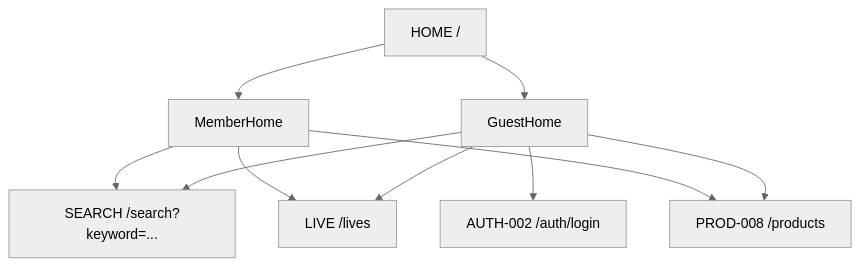
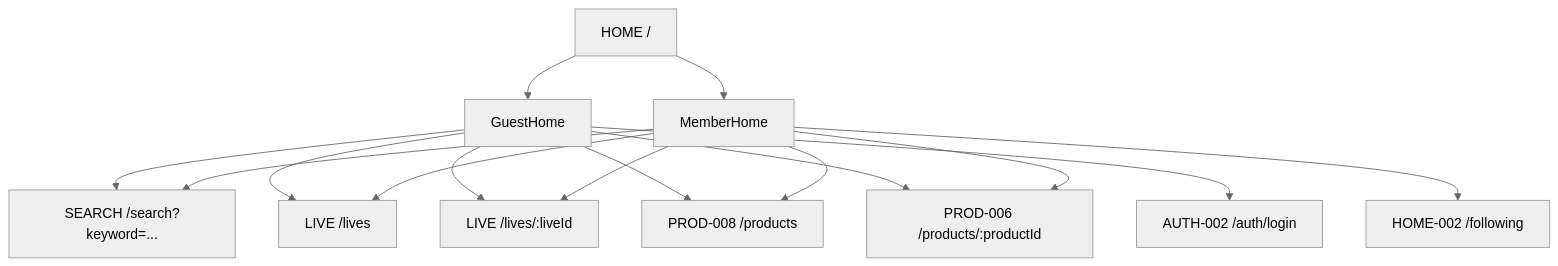
Before and after one commit to Team-vintib/Vintib-AI: the third of 4 diagrams in FE/docs/frontend/flows/route-map.md, drawn with Mermaid (neutral theme). The commit also changed other lines of this file and 8 other files, not shown here.

````diff
--- a/FE/docs/frontend/flows/route-map.md
+++ b/FE/docs/frontend/flows/route-map.md
@@ -59,20 +59,28 @@
 ```mermaid
 flowchart TD
   Home["HOME /"]
   GuestHome["GuestHome"]
   MemberHome["MemberHome"]
   Search["SEARCH /search?keyword=..."]
   LiveList["LIVE /lives"]
+  LiveWatch["LIVE /lives/:liveId"]
   ProductList["PROD-008 /products"]
+  ProductDetail["PROD-006 /products/:productId"]
+  FollowingHome["HOME-002 /following"]
   Login["AUTH-002 /auth/login"]
 
   Home --> GuestHome
   Home --> MemberHome
   GuestHome --> Search
   GuestHome --> LiveList
+  GuestHome --> LiveWatch
   GuestHome --> ProductList
+  GuestHome --> ProductDetail
   GuestHome --> Login
   MemberHome --> Search
   MemberHome --> LiveList
+  MemberHome --> LiveWatch
   MemberHome --> ProductList
+  MemberHome --> ProductDetail
+  MemberHome --> FollowingHome
 ```
````
